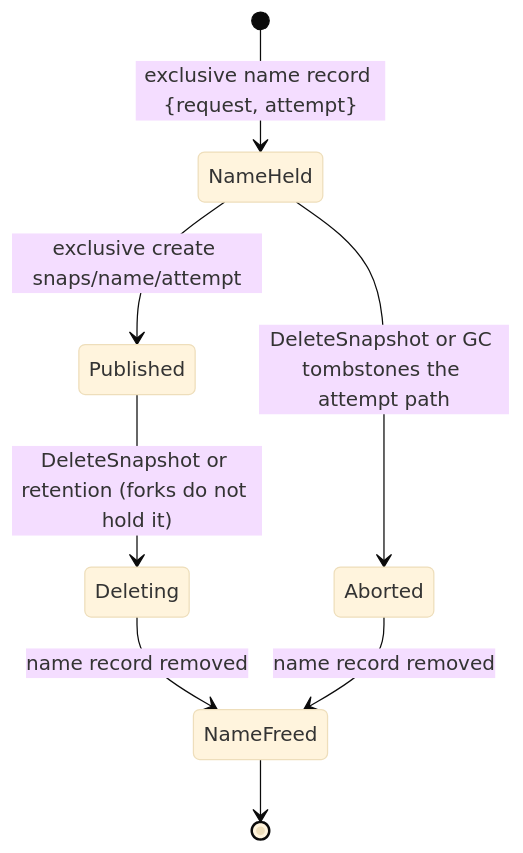
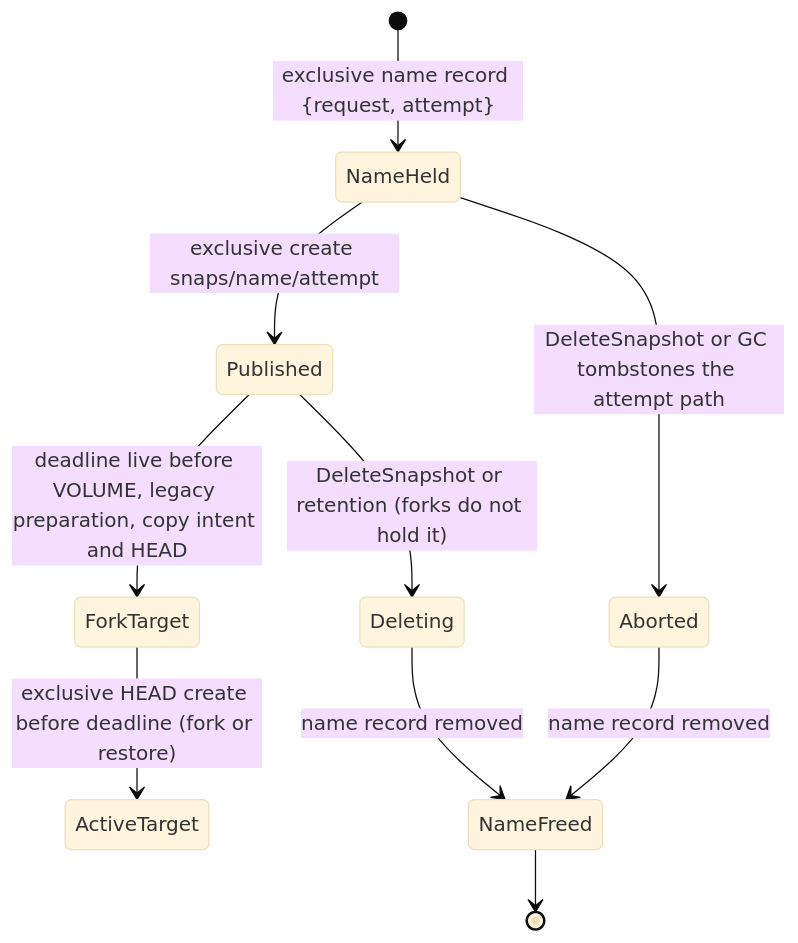
The fourth of 11 diagrams in docs/design/agent-workspace-design.md (seaweedfs/seaweed-block), drawn with Mermaid (base theme) before and after one commit. The commit also changed 2 other files, not shown here.

Commit message:
chunkstore: check fork deadline before legacy manifest preparation

````diff
--- a/docs/design/agent-workspace-design.md
+++ b/docs/design/agent-workspace-design.md
@@ -227,10 +227,12 @@
 ```mermaid
 stateDiagram-v2
   [*] --> NameHeld: exclusive name record {request, attempt}
   NameHeld --> Published: exclusive create snaps/name/attempt
   NameHeld --> Aborted: DeleteSnapshot or GC tombstones the attempt path
   Published --> Deleting: DeleteSnapshot or retention (forks do not hold it)
+  Published --> ForkTarget: deadline live before VOLUME, legacy preparation, copy intent and HEAD
+  ForkTarget --> ActiveTarget: exclusive HEAD create before deadline (fork or restore)
   Deleting --> NameFreed: name record removed
   Aborted --> NameFreed: name record removed
   NameFreed --> [*]
 ```
````
